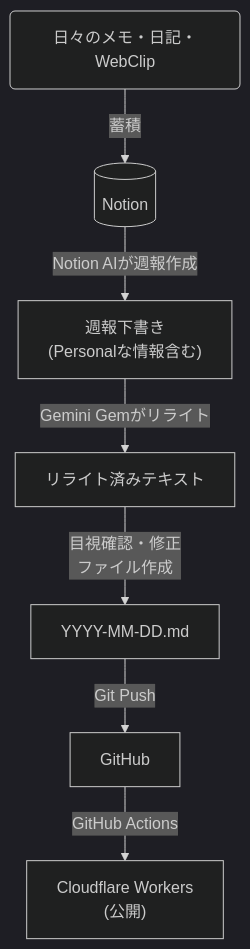
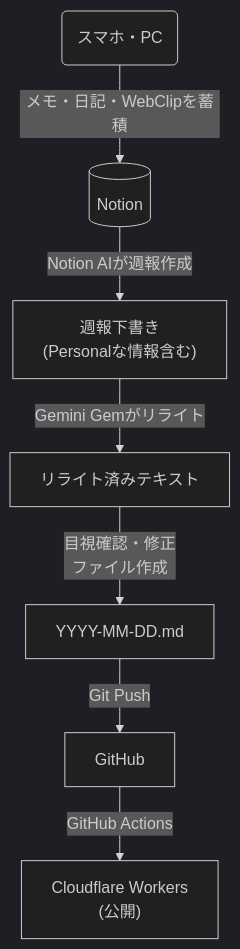
One commit to milkmaccya2/mm2-blog changed the diagram in README.md. Above: the diagram before and after it, drawn with Mermaid (dark theme). The commit also changed 2 other files, not shown here.

Commit message:
Update mermaid diagram input source to Smartphone/PC

````diff
--- a/README.md
+++ b/README.md
@@ -20,9 +20,9 @@
 ```mermaid
 graph TD
-    Input(日々のメモ・日記・WebClip) -->|蓄積| Notion[(Notion)]
+    Input(スマホ・PC) -->|メモ・日記・WebClipを蓄積| Notion[(Notion)]
     Notion -->|Notion AIが週報作成| Draft["週報下書き<br/>(Personalな情報含む)"]
     Draft -->|Gemini Gemがリライト| Rewritten[リライト済みテキスト]
     Rewritten -->|"目視確認・修正<br/>ファイル作成"| File["YYYY-MM-DD.md"]
     File -->|Git Push| GH[GitHub]
     GH -->|GitHub Actions| CF["Cloudflare Workers<br/>(公開)"]
 ```
````
